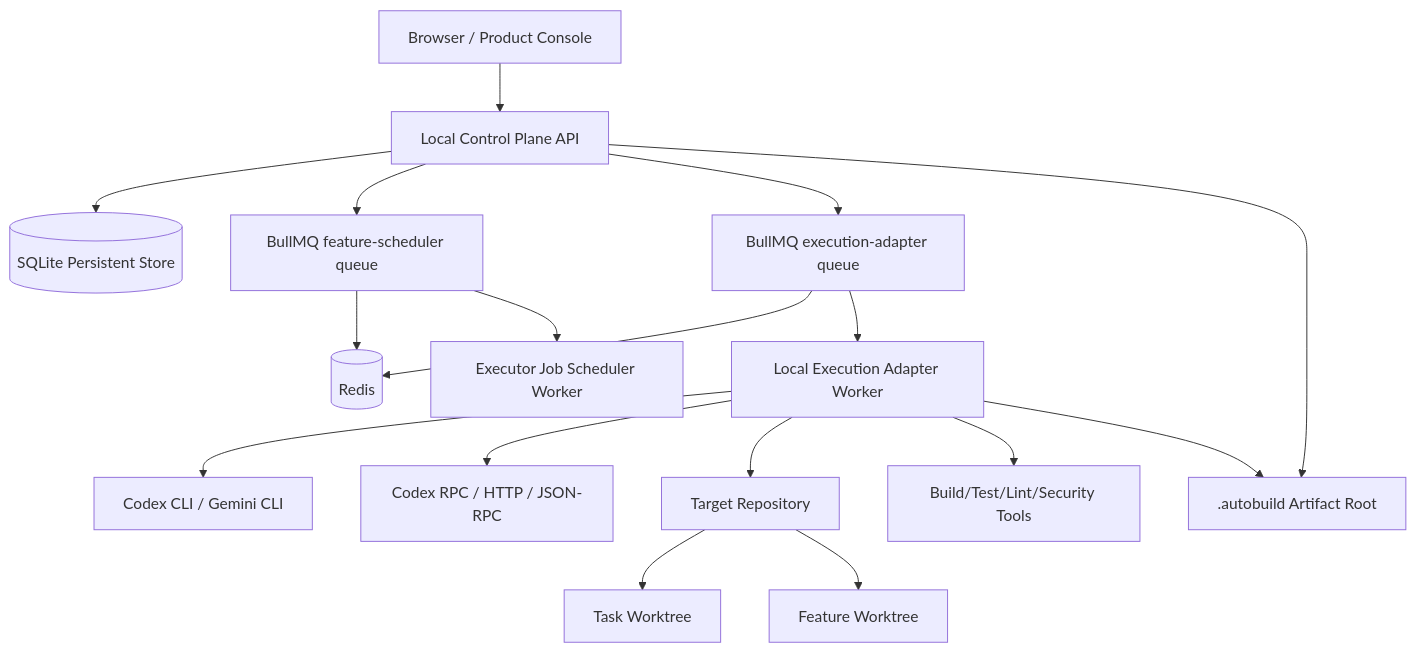
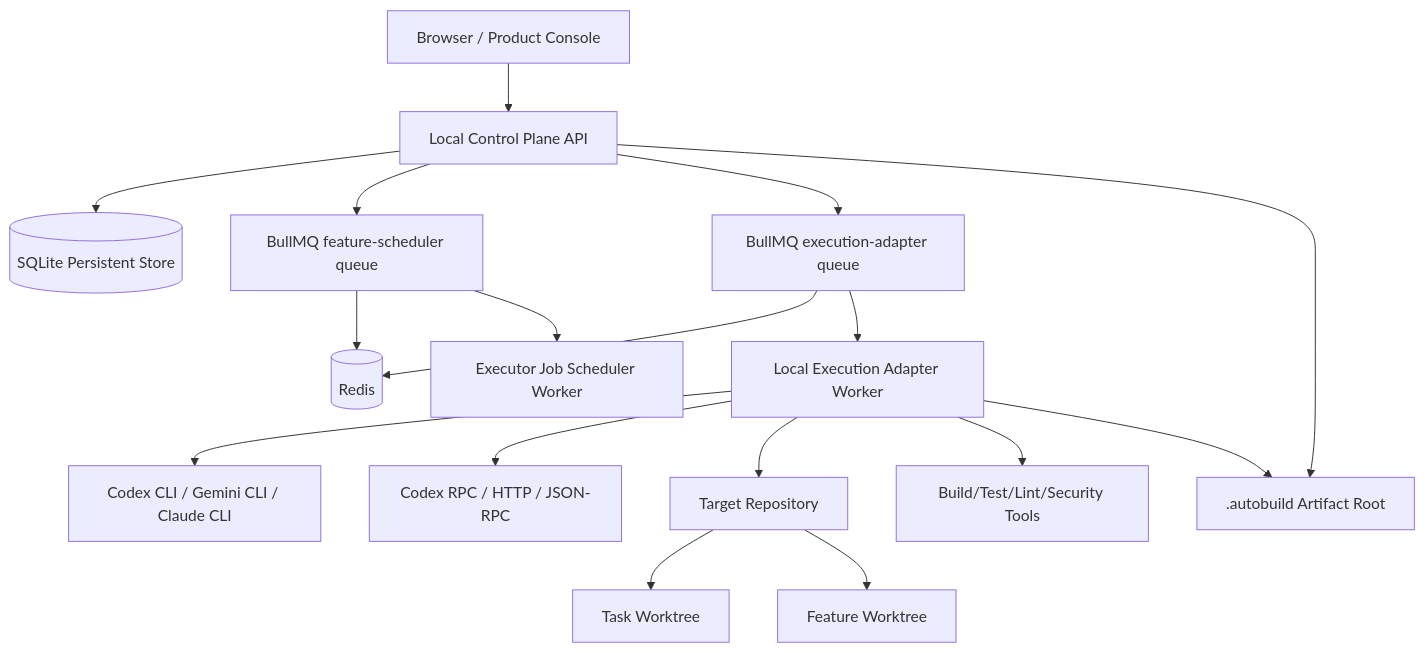
The sixth of 6 diagrams in docs/zh-CN/hld.md (songcojp/agentic-spec-driven-auto-build), drawn with Mermaid before and after one commit. The commit also changed other lines of this file and 18 other files, not shown here.

Commit message:
feat(adapter): add claude cli preset

````diff
--- a/docs/zh-CN/hld.md
+++ b/docs/zh-CN/hld.md
@@ -796,19 +797,19 @@
 ```mermaid
 flowchart TB
   Browser[Browser / Product Console] --> API[Local Control Plane API]
   API --> DB[(SQLite Persistent Store)]
   API --> FeatureQueue[BullMQ feature-scheduler queue]
   API --> AdapterQueue[BullMQ execution-adapter queue]
   FeatureQueue --> Redis[(Redis)]
   AdapterQueue --> Redis
   API --> Files[.autobuild Artifact Root]
   FeatureQueue --> FeatureWorker[Executor Job Scheduler Worker]
   AdapterQueue --> ExecAdapter[Local Execution Adapter Worker]
-  ExecAdapter --> CodingCLI[Codex CLI / Gemini CLI]
+  ExecAdapter --> CodingCLI[Codex CLI / Gemini CLI / Claude CLI]
   ExecAdapter --> RpcProvider[Codex RPC / HTTP / JSON-RPC]
   ExecAdapter --> Repo[Target Repository]
   Repo --> WT1[Task Worktree]
   Repo --> WT2[Feature Worktree]
   ExecAdapter --> Tools[Build/Test/Lint/Security Tools]
   ExecAdapter --> Files
 ```
````
